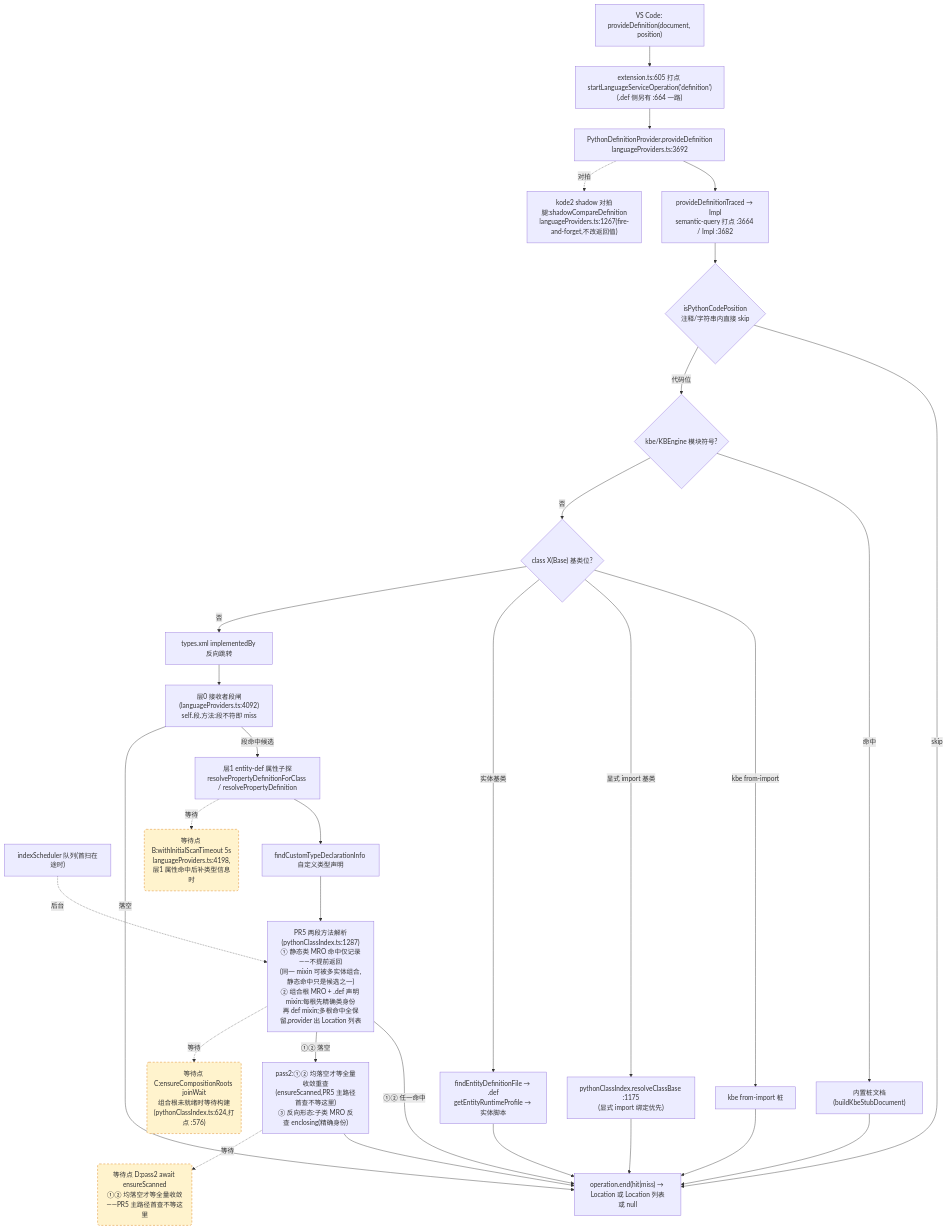
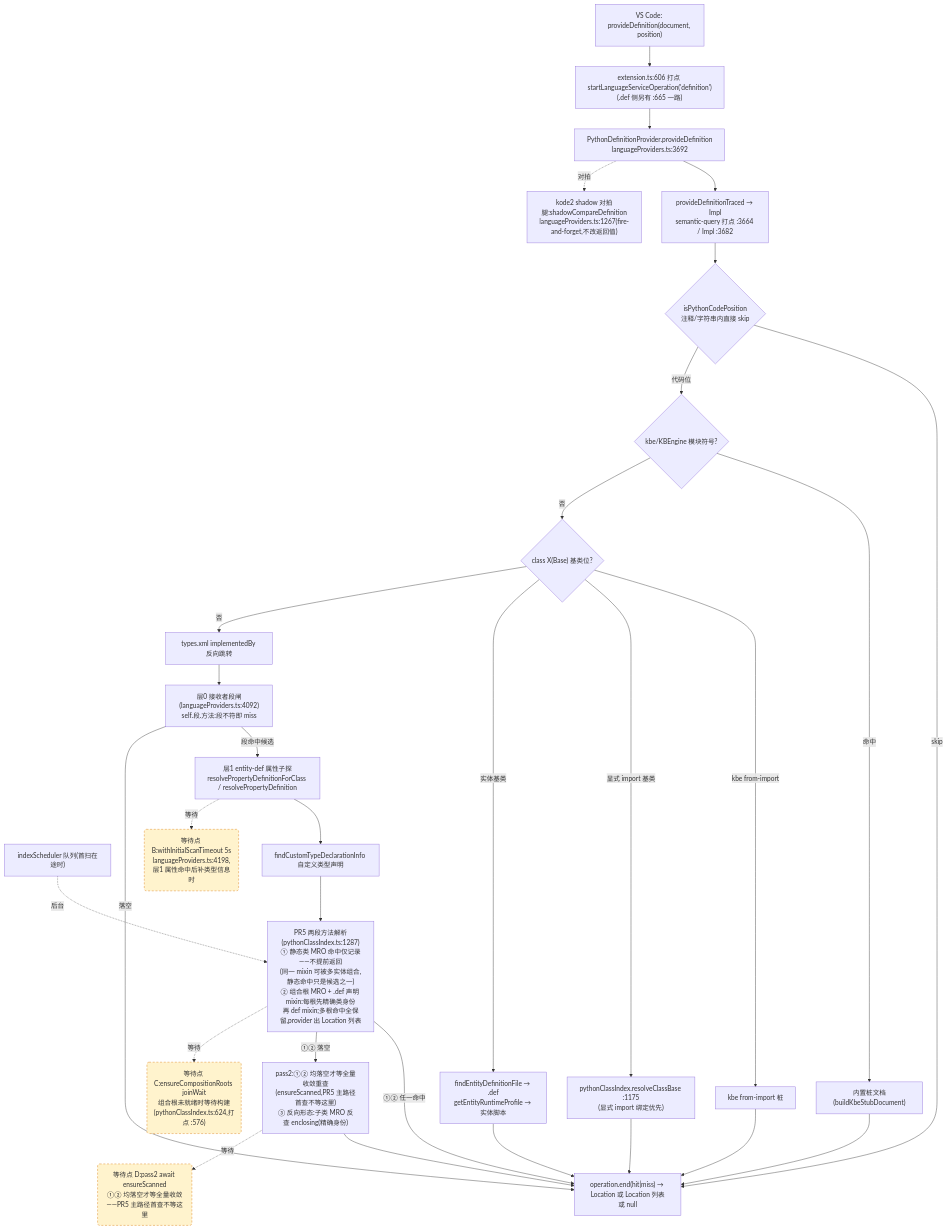
The second of 4 diagrams in docs/perf/2026-baseline.md (cuihairu/kode), drawn with Mermaid before and after one commit. The commit also changed other lines of this file and 4 other files, not shown here.

````diff
--- a/docs/perf/2026-baseline.md
+++ b/docs/perf/2026-baseline.md
@@ -130,51 +130,51 @@
 ```mermaid
 flowchart TD
   VC2["VS Code: provideDefinition(document, position)"]
-  M2["extension.ts:605 打点 startLanguageServiceOperation('definition')<br/>(.def 侧另有 :664 一路)"]
+  M2["extension.ts:606 打点 startLanguageServiceOperation('definition')<br/>(.def 侧另有 :665 一路)"]
   AD2["PythonDefinitionProvider.provideDefinition<br/>languageProviders.ts:3692"]
   TR["provideDefinitionTraced → Impl<br/>semantic-query 打点 :3664 / Impl :3682"]
   CTX{"isPythonCodePosition<br/>注释/字符串内直接 skip"}
   KBE{"kbe/KBEngine 模块符号?"}
   STUB["内置桩文档(buildKbeStubDocument)"]
   CB{"class X(Base) 基类位?"}
   CB1["kbe from-import 桩"]
   CB2["pythonClassIndex.resolveClassBase :1175<br/>(显式 import 绑定优先)"]
   CB3["findEntityDefinitionFile → .def<br/>getEntityRuntimeProfile → 实体脚本"]
   REV["types.xml implementedBy 反向跳转"]
   L0["层0 接收者段闸(languageProviders.ts:4092)<br/>self.段.方法:段不符即 miss"]
   L1["层1 entity-def 属性子探<br/>resolvePropertyDefinitionForClass / resolvePropertyDefinition"]
   SCAN["indexScheduler 队列(首扫在途时)"]
   TY["findCustomTypeDeclarationInfo 自定义类型声明"]
   MRO["PR5 两段方法解析(pythonClassIndex.ts:1287)<br/>① 静态类 MRO 命中仅记录——不提前返回<br/>(同一 mixin 可被多实体组合,静态命中只是候选之一)<br/>② 组合根 MRO + .def 声明 mixin:每根先精确类身份<br/>再 def mixin;多根命中全保留,provider 出 Location 列表"]
   PASS2["pass2:①② 均落空才等全量收敛重查<br/>(ensureScanned,PR5 主路径首查不等这里)<br/>③ 反向形态:子类 MRO 反查 enclosing(精确身份)"]
   SHD["kode2 shadow 对拍腿:shadowCompareDefinition<br/>languageProviders.ts:1267(fire-and-forget,不改返回值)"]
   END2["operation.end(hit|miss) → Location 或 Location 列表或 null"]
 
   VC2 --> M2 --> AD2 --> TR --> CTX
   CTX -- "skip" --> END2
   CTX -- "代码位" --> KBE
   KBE -- "命中" --> STUB --> END2
   KBE -- "否" --> CB
   CB -- "kbe from-import" --> CB1 --> END2
   CB -- "显式 import 基类" --> CB2 --> END2
   CB -- "实体基类" --> CB3 --> END2
   CB -- "否" --> REV --> L0
   L0 -- "段命中候选" --> L1
   L0 -- "落空" --> END2
   L1 --> TY
   TY --> MRO
   MRO -- "①② 任一命中" --> END2
   MRO -- "①② 落空" --> PASS2 --> END2
   AD2 -.->|对拍| SHD
 
   WAITB("等待点 B:withInitialScanTimeout 5s<br/>languageProviders.ts:4198,层1 属性命中后补类型信息时")
   WAITC("等待点 C:ensureCompositionRoots joinWait<br/>组合根未就绪时等待构建(pythonClassIndex.ts:624,打点 :576)")
   WAITD("等待点 D:pass2 await ensureScanned<br/>①② 均落空才等全量收敛——PR5 主路径首查不等这里")
   L1 -.->|等待| WAITB
   MRO -.->|等待| WAITC
   PASS2 -.->|等待| WAITD
   SCAN -.->|后台| MRO
 
   classDef waitPoint fill:#fff3cd,stroke:#d97706,stroke-dasharray:5 4;
   class WAITB,WAITC,WAITD waitPoint;
 ```
````
